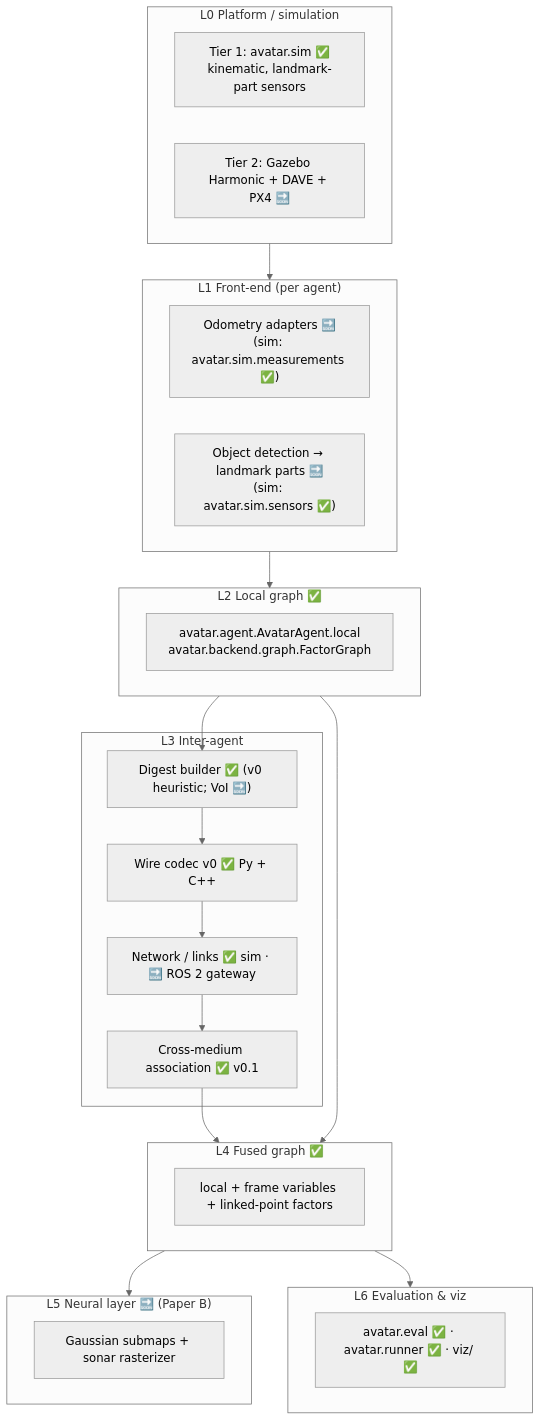
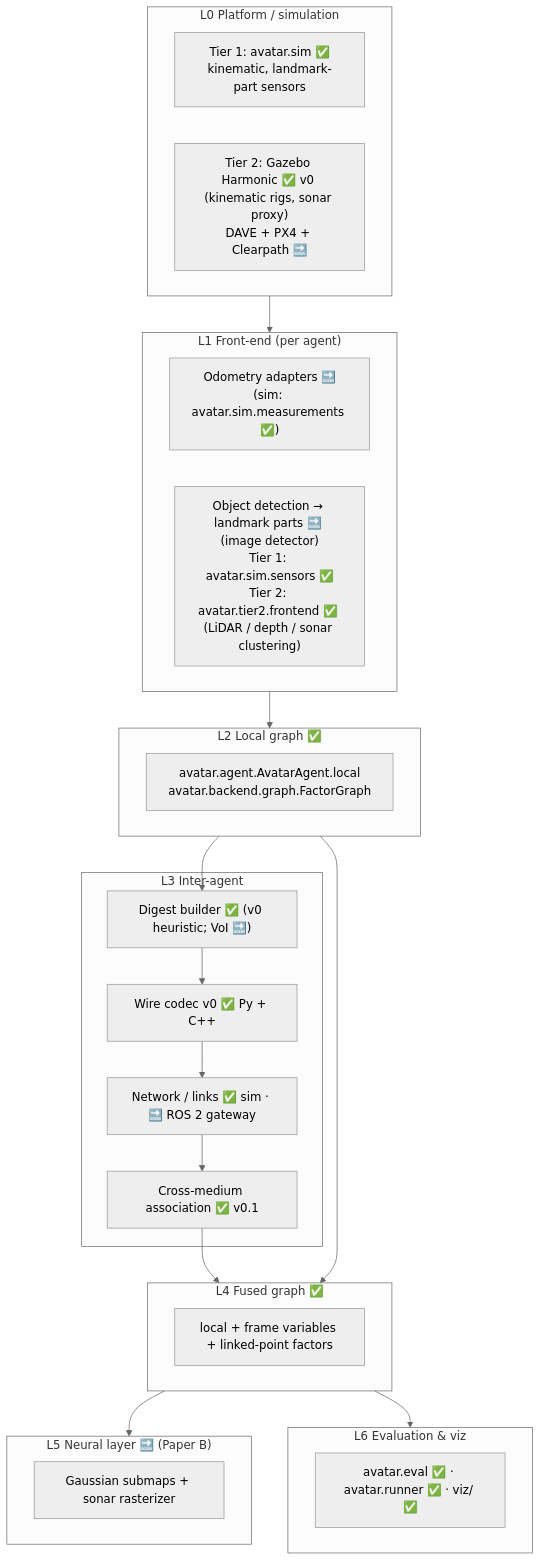
One commit to lesaf92/avatar_slam changed the first of 3 diagrams in docs/architecture.md. Above: the diagram before and after it, drawn with Mermaid (neutral theme). The commit also changed other lines of this file and 11 other files, not shown here.

````diff
--- a/docs/architecture.md
+++ b/docs/architecture.md
@@ -9,32 +11,32 @@
 ```mermaid
 flowchart TB
   subgraph L0["L0 Platform / simulation"]
     T1["Tier 1: avatar.sim ✅<br/>kinematic, landmark-part sensors"]
-    T2["Tier 2: Gazebo Harmonic + DAVE + PX4 🔜"]
+    T2["Tier 2: Gazebo Harmonic ✅ v0 (kinematic rigs, sonar proxy)<br/>DAVE + PX4 + Clearpath 🔜"]
   end
   subgraph L1["L1 Front-end (per agent)"]
     ODO["Odometry adapters 🔜<br/>(sim: avatar.sim.measurements ✅)"]
-    DET["Object detection → landmark parts 🔜<br/>(sim: avatar.sim.sensors ✅)"]
+    DET["Object detection → landmark parts 🔜 (image detector)<br/>Tier 1: avatar.sim.sensors ✅<br/>Tier 2: avatar.tier2.frontend ✅ (LiDAR / depth / sonar clustering)"]
   end
   subgraph L2["L2 Local graph ✅"]
     LG["avatar.agent.AvatarAgent.local<br/>avatar.backend.graph.FactorGraph"]
   end
   subgraph L3["L3 Inter-agent"]
     DIG["Digest builder ✅ (v0 heuristic; VoI 🔜)"]
     CODEC["Wire codec v0 ✅ Py + C++"]
     NET["Network / links ✅ sim · 🔜 ROS 2 gateway"]
     ASSOC["Cross-medium association ✅ v0.1"]
   end
   subgraph L4["L4 Fused graph ✅"]
     FG["local + frame variables + linked-point factors"]
   end
   subgraph L5["L5 Neural layer 🔜 (Paper B)"]
     NL["Gaussian submaps + sonar rasterizer"]
   end
   subgraph L6["L6 Evaluation & viz"]
     EV["avatar.eval ✅ · avatar.runner ✅ · viz/ ✅"]
   end
   L0 --> L1 --> L2 --> DIG --> CODEC --> NET --> ASSOC --> L4 --> L5
   L2 --> L4
   L4 --> L6
 ```
````
